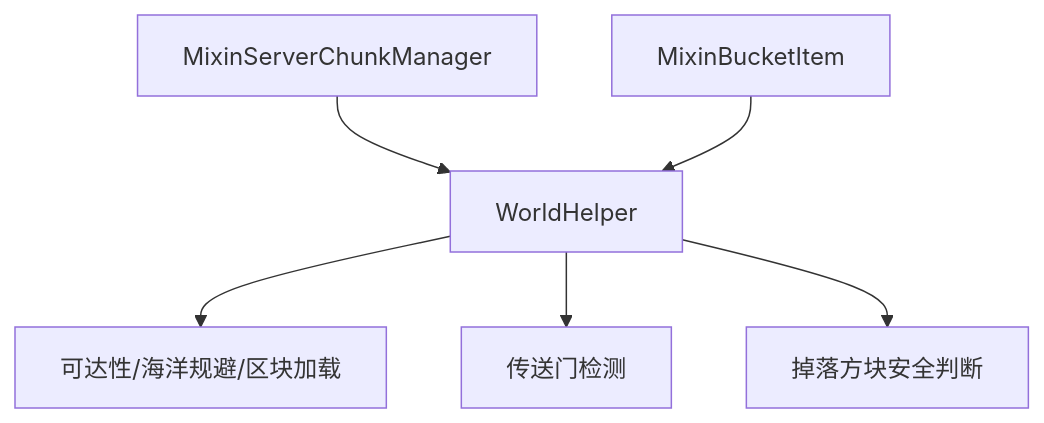
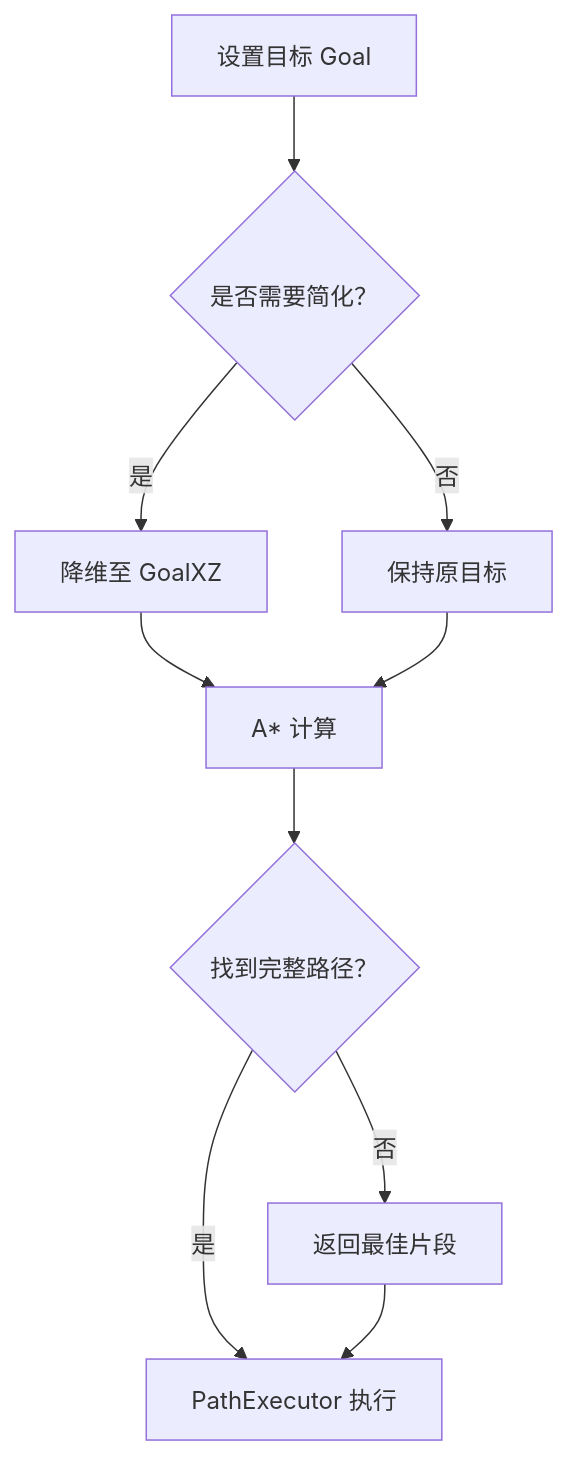
The seventh of 8 diagrams in .qoder/repowiki/zh/content/路径规划系统/路径规划系统.md (wjartpix/minecraft_ai_play2npc), drawn with Mermaid before and after one commit. The commit also changed other lines of this file and 188 other files, not shown here.

````diff
--- a/.qoder/repowiki/zh/content/路径规划系统/路径规划系统.md
+++ b/.qoder/repowiki/zh/content/路径规划系统/路径规划系统.md
@@ -283,8 +318,12 @@
 ```mermaid
-graph TB
-WH["WorldHelper"] --> Reach["可达性/海洋规避/区块加载"]
-WH --> Portal["传送门检测"]
-WH --> Fall["掉落方块安全判断"]
-MCM["MixinServerChunkManager"] --> WH
-MB["MixinBucketItem"] --> WH
+flowchart TD
+GoalSet["设置目标 Goal"] --> Simplify{"是否需要简化？"}
+Simplify --> |是| ToXZ["降维至 GoalXZ"]
+Simplify --> |否| Keep["保持原目标"]
+ToXZ --> Compute["A* 计算"]
+Keep --> Compute
+Compute --> Result{"找到完整路径？"}
+Result --> |是| Execute["PathExecutor 执行"]
+Result --> |否| Best["返回最佳片段"]
+Best --> Execute
 ```
````
